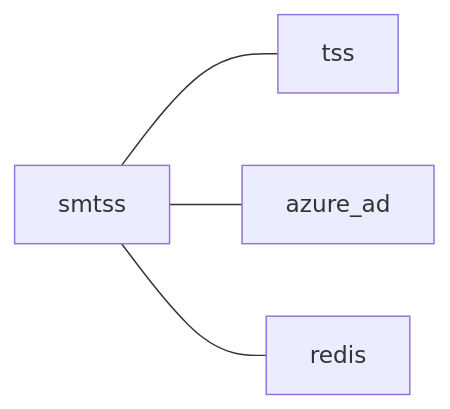
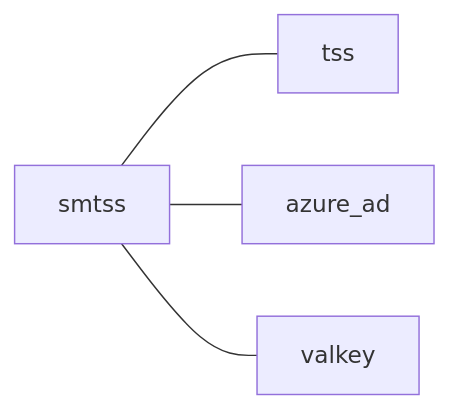
Before and after one commit to navikt/smtss: the diagram in README.md, drawn with Mermaid. The commit also changed 12 other files, not shown here.

First line of the commit message:
chore: swap redis with valkey (#120)

````diff
--- a/README.md
+++ b/README.md
@@ -33,6 +33,6 @@
 ```mermaid
   graph LR
       smtss --- tss
       smtss --- azure_ad
-      smtss --- redis
+      smtss --- valkey
 ```
````
